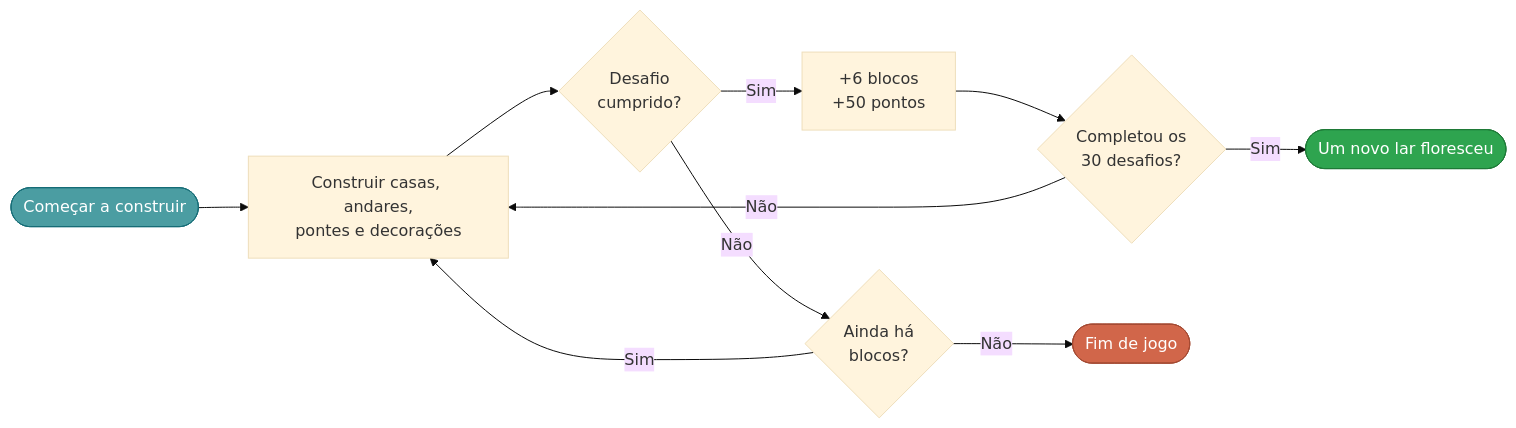
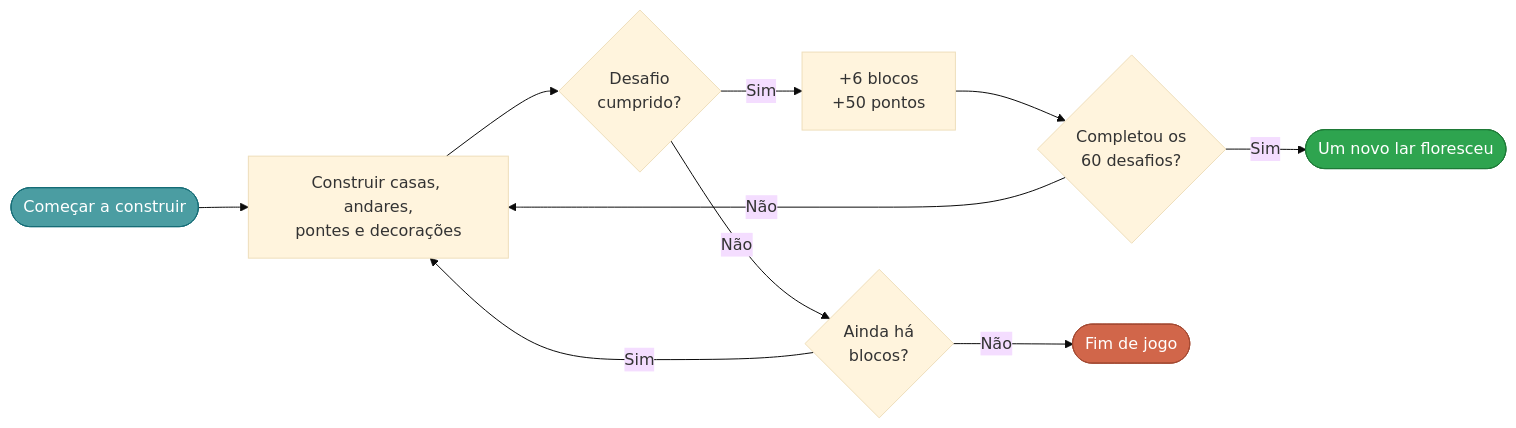
One commit to theosouzaa/Mini-Game changed the diagram in README.md. Above: the diagram before and after it, drawn with Mermaid (base theme). The commit also changed other lines of this file and 3 other files, not shown here.

````diff
--- a/README.md
+++ b/README.md
@@ -197,16 +198,16 @@
 ```mermaid
 flowchart LR
     A(["Começar a construir"]) --> B["Construir casas, andares,<br>pontes e decorações"]
     B --> C{"Desafio<br>cumprido?"}
     C -- Sim --> D["+6 blocos<br>+50 pontos"]
-    D --> E{"Completou os<br>30 desafios?"}
+    D --> E{"Completou os<br>60 desafios?"}
     E -- Sim --> F(["Um novo lar floresceu"])
     E -- Não --> B
     C -- Não --> G{"Ainda há<br>blocos?"}
     G -- Sim --> B
     G -- Não --> H(["Fim de jogo"])
 
     style A fill:#4b9da2,stroke:#176d77,color:#fff
     style F fill:#2ea44f,stroke:#1f7a38,color:#fff
     style H fill:#d1664a,stroke:#a34a33,color:#fff
 ```
````
